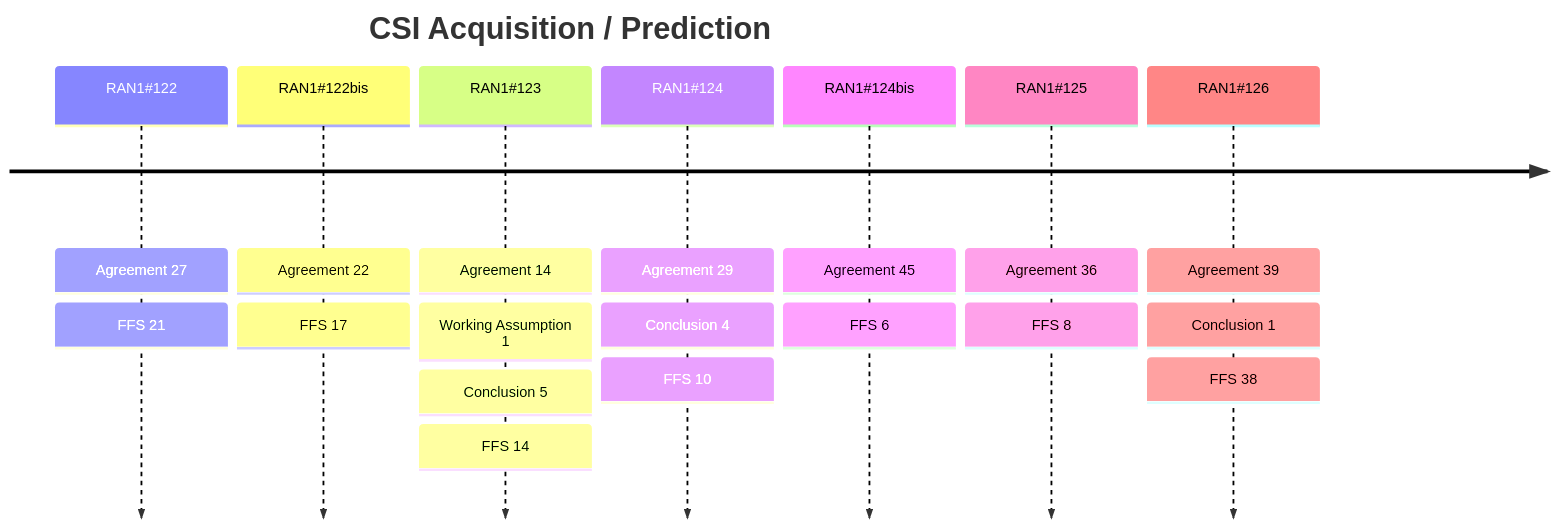
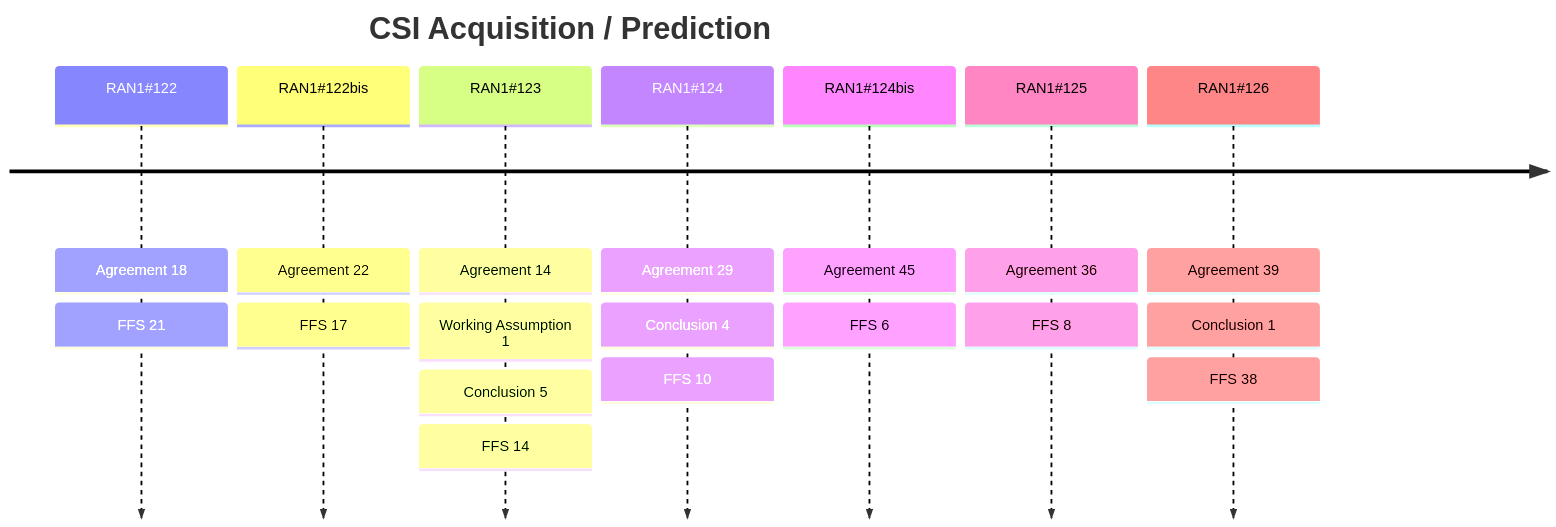
One commit to jgunmoon/JG_Test_Project changed the diagram in reports/by_item/csi_prediction.md. Above: the diagram before and after it, drawn with Mermaid. The commit also changed other lines of this file and 15 other files, not shown here.

````diff
--- a/reports/by_item/csi_prediction.md
+++ b/reports/by_item/csi_prediction.md
@@ -7,11 +7,11 @@
 ```mermaid
 timeline
     title CSI Acquisition / Prediction
-    RAN1#35;122 : Agreement 27 : FFS 21
+    RAN1#35;122 : Agreement 18 : FFS 21
     RAN1#35;122bis : Agreement 22 : FFS 17
     RAN1#35;123 : Agreement 14 : Working Assumption 1 : Conclusion 5 : FFS 14
     RAN1#35;124 : Agreement 29 : Conclusion 4 : FFS 10
     RAN1#35;124bis : Agreement 45 : FFS 6
     RAN1#35;125 : Agreement 36 : FFS 8
     RAN1#35;126 : Agreement 39 : Conclusion 1 : FFS 38
 ```
````
